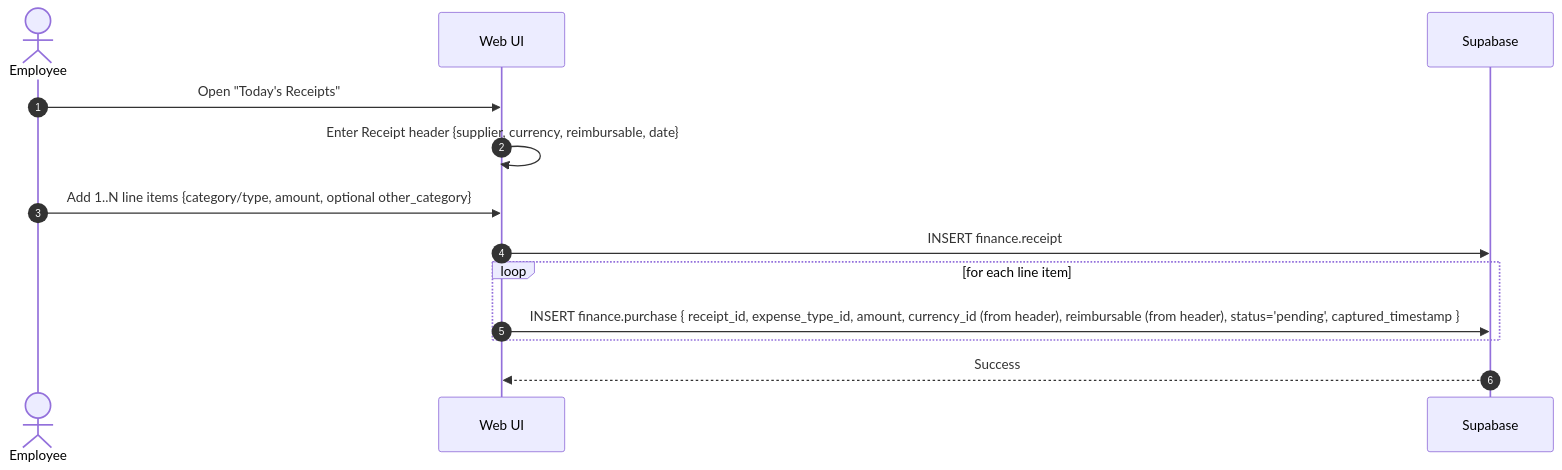
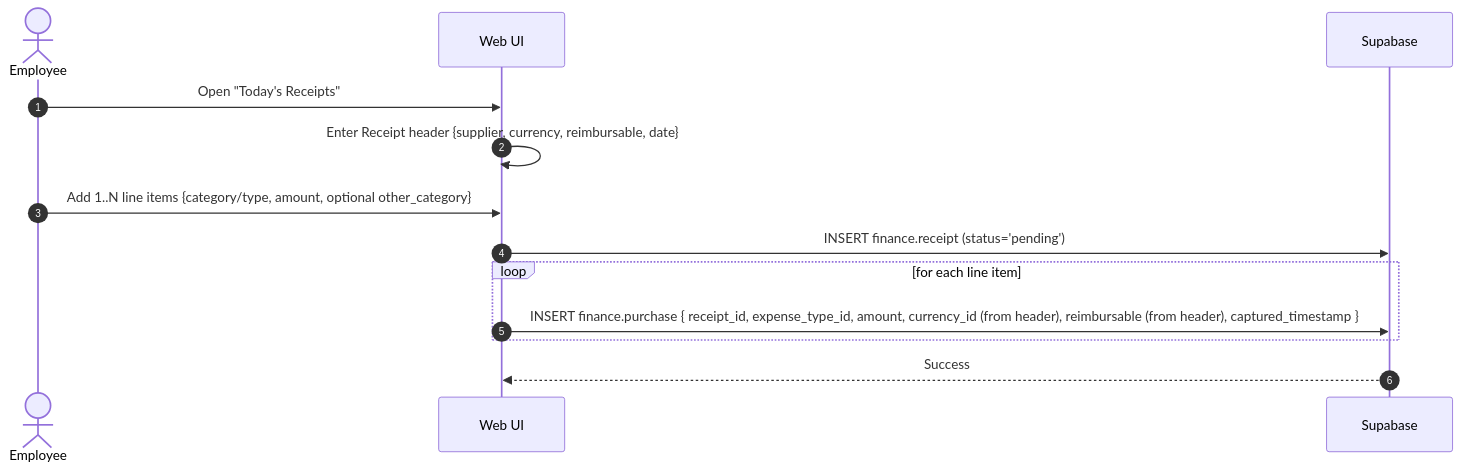
Before and after one commit to Innodat/agriplatform: the second of 4 diagrams in docs/finance/receipt-capturing-frd.md, drawn with Mermaid. The commit also changed other lines of this file and 23 other files, not shown here.

Commit message:
Fixing delete and edit on receipt status

````diff
--- a/docs/finance/receipt-capturing-frd.md
+++ b/docs/finance/receipt-capturing-frd.md
@@ -72,16 +72,16 @@
 ```mermaid
 sequenceDiagram
   autonumber
   actor E as Employee
   participant UI as Web UI
   participant SB as Supabase
 
   E->>UI: Open "Today's Receipts"
   UI->>UI: Enter Receipt header {supplier, currency, reimbursable, date}
   E->>UI: Add 1..N line items {category/type, amount, optional other_category}
-  UI->>SB: INSERT finance.receipt
+  UI->>SB: INSERT finance.receipt (status='pending')
   loop for each line item
-    UI->>SB: INSERT finance.purchase { receipt_id, expense_type_id, amount, currency_id (from header), reimbursable (from header), status='pending', captured_timestamp }
+    UI->>SB: INSERT finance.purchase { receipt_id, expense_type_id, amount, currency_id (from header), reimbursable (from header), captured_timestamp }
   end
   SB-->>UI: Success
 ```
````
